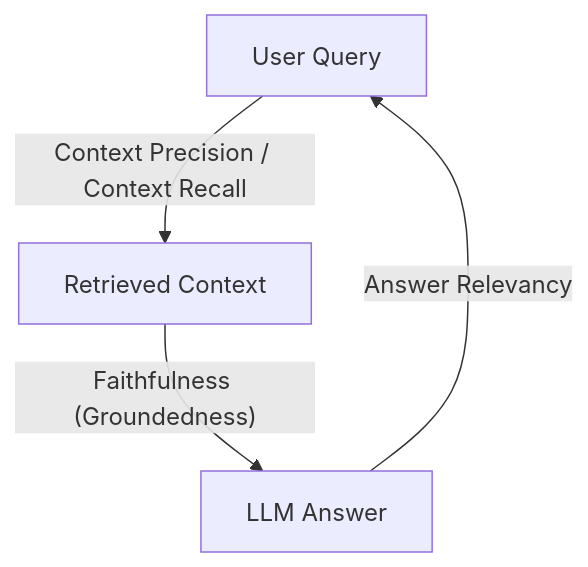
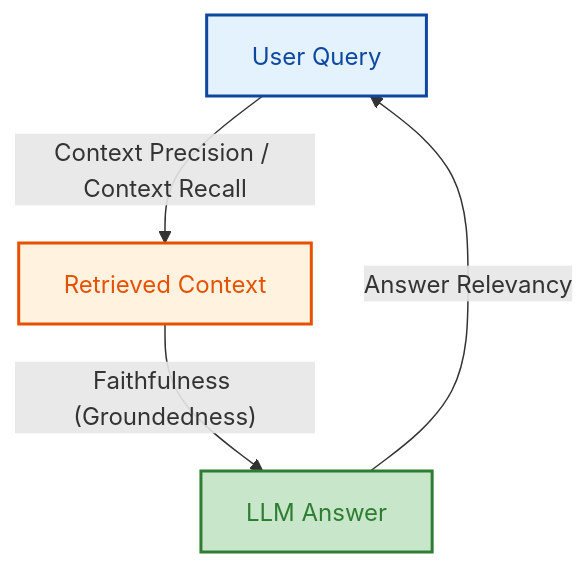
Before and after one commit to GyanendraChaubey/AI-Engineering-Notes: the second of 2 diagrams in docs/10-evaluation/README.md, drawn with Mermaid. The commit also changed other lines of this file and 15 other files, not shown here.

Commit message:
style: apply light color palette to remaining Mermaid diagrams (docs 15 & 16)

````diff
--- a/docs/10-evaluation/README.md
+++ b/docs/10-evaluation/README.md
@@ -96,6 +103,9 @@
 ```mermaid
 flowchart TD
     A["User Query"] -->|"Context Precision / Context Recall"| B["Retrieved Context"]
     B -->|"Faithfulness (Groundedness)"| C["LLM Answer"]
     C -->|"Answer Relevancy"| A
+    style A fill:#e3f2fd,stroke:#0d47a1,stroke-width:2px,color:#0d47a1
+    style B fill:#fff3e0,stroke:#e65100,stroke-width:2px,color:#e65100
+    style C fill:#c8e6c9,stroke:#2e7d32,stroke-width:2px,color:#2e7d32
 ```
````
